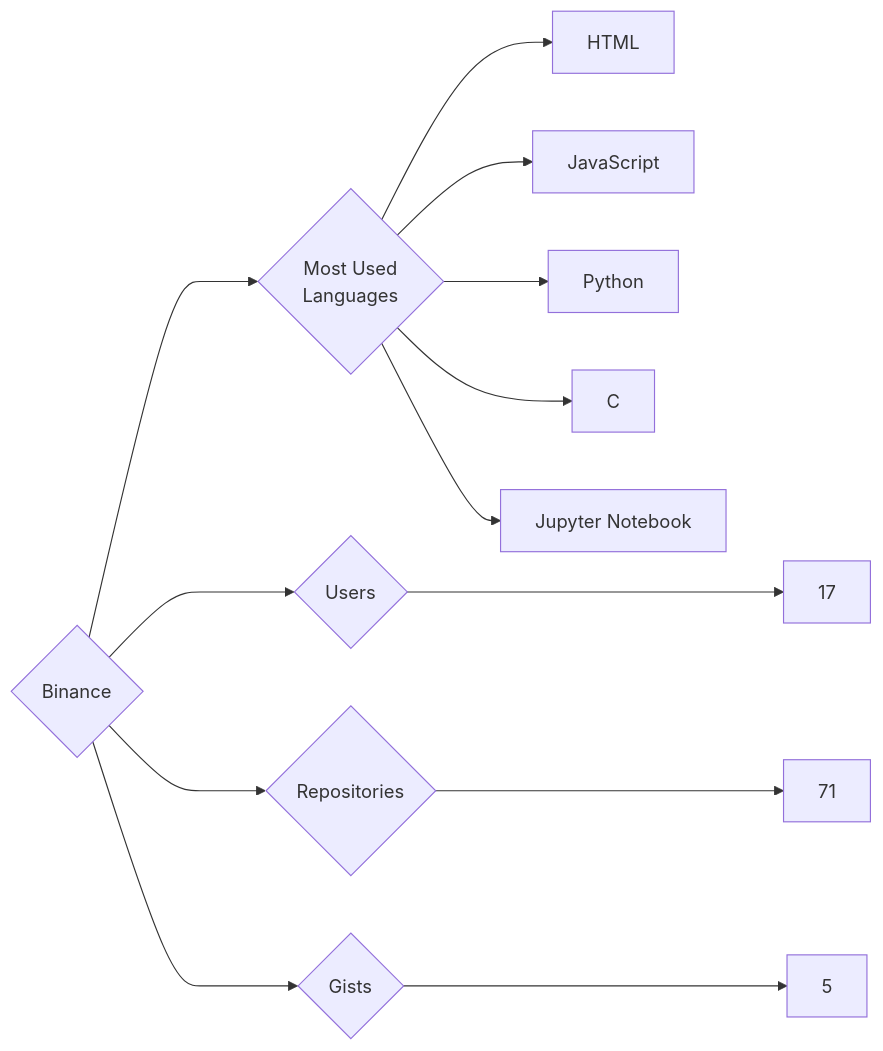
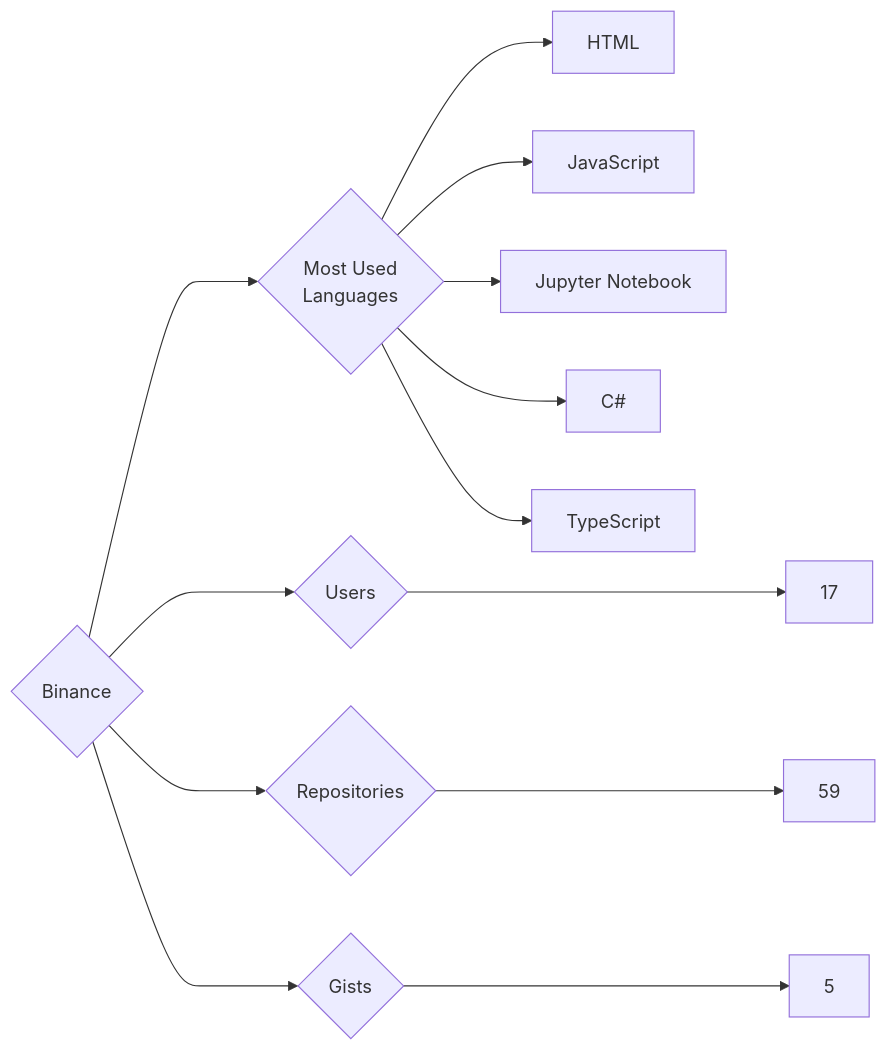
One commit to trickest/insiders changed the diagram in targets/Binance/README.md. Above: the diagram before and after it, drawn with Mermaid. The commit also changed 891 other files, not shown here.

````diff
--- a/targets/Binance/README.md
+++ b/targets/Binance/README.md
@@ -3,13 +3,13 @@
 ```mermaid
 graph LR
 COMPANY_NAME{Binance}
 COMPANY_NAME ---> U{Users} ---> UN[17]
-COMPANY_NAME ---> R{Repositories} ---> RN[71]
+COMPANY_NAME ---> R{Repositories} ---> RN[59]
 COMPANY_NAME ---> G{Gists} ---> GN[5]
 COMPANY_NAME ---> ML{Most Used<br>Languages}
 ML --> HTML[HTML]
 ML --> JavaScript[JavaScript]
-ML --> Python[Python]
-ML --> C[C]
 ML --> Jupyter_Notebook[Jupyter Notebook]
+ML --> C#[C#]
+ML --> TypeScript[TypeScript]
 ```
````
